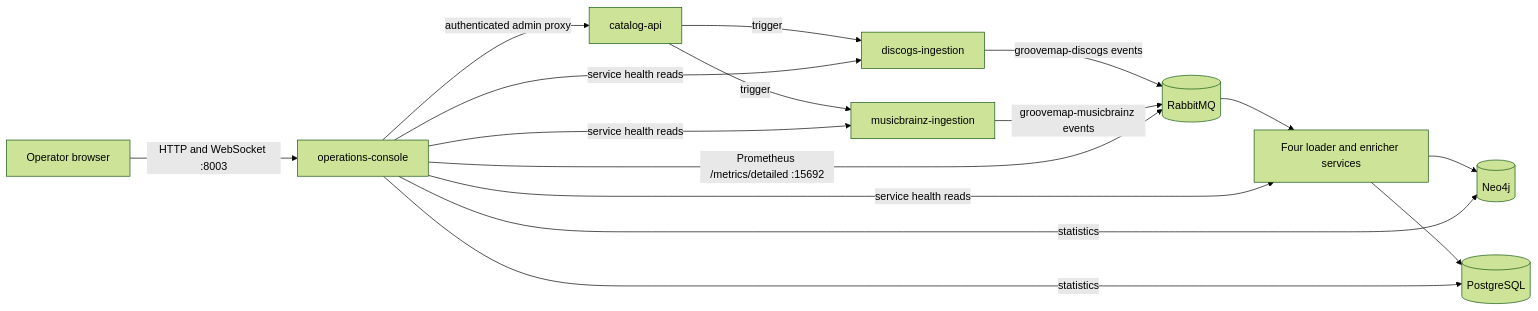
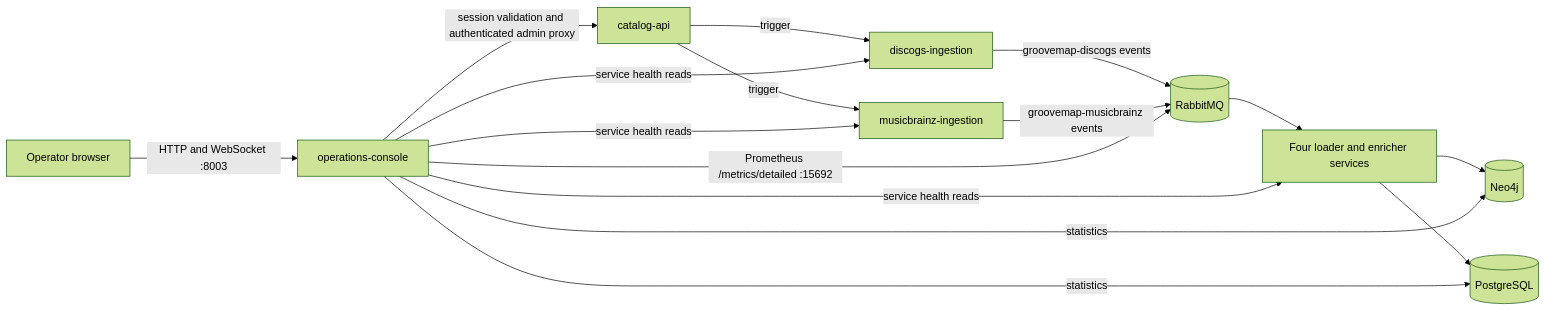
The first of 3 diagrams in docs/architecture.md (groovemap-music/operations-console), drawn with Mermaid (forest theme) before and after one commit. The commit also changed other lines of this file and 2 other files, not shown here.

First line of the commit message:
docs: describe the authenticated console shell and its session gate

````diff
--- a/docs/architecture.md
+++ b/docs/architecture.md
@@ -5,18 +5,18 @@
 ```mermaid
 flowchart LR
     Operator[Operator browser] -->|HTTP and WebSocket :8003| Console[operations-console]
-    Console -->|authenticated admin proxy| Catalog[catalog-api]
+    Console -->|session validation and authenticated admin proxy| Catalog[catalog-api]
     Catalog -->|trigger| DiscogsIngestion[discogs-ingestion]
     Catalog -->|trigger| MusicBrainzIngestion[musicbrainz-ingestion]
     DiscogsIngestion -->|groovemap-discogs events| RabbitMQ[(RabbitMQ)]
     MusicBrainzIngestion -->|groovemap-musicbrainz events| RabbitMQ
     RabbitMQ --> Consumers[Four loader and enricher services]
     Consumers --> Neo4j[(Neo4j)]
     Consumers --> Postgres[(PostgreSQL)]
     Console -->|service health reads| DiscogsIngestion
     Console -->|service health reads| MusicBrainzIngestion
     Console -->|service health reads| Consumers
     Console -->|Prometheus /metrics/detailed :15692| RabbitMQ
     Console -->|statistics| Neo4j
     Console -->|statistics| Postgres
 ```
````
